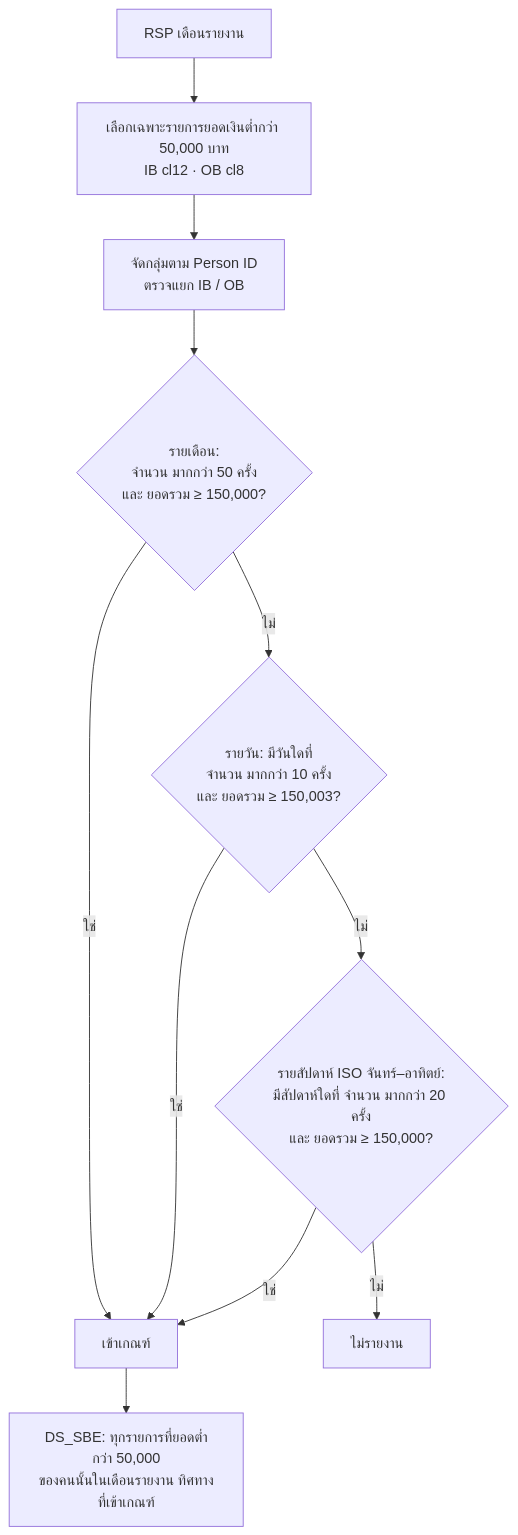
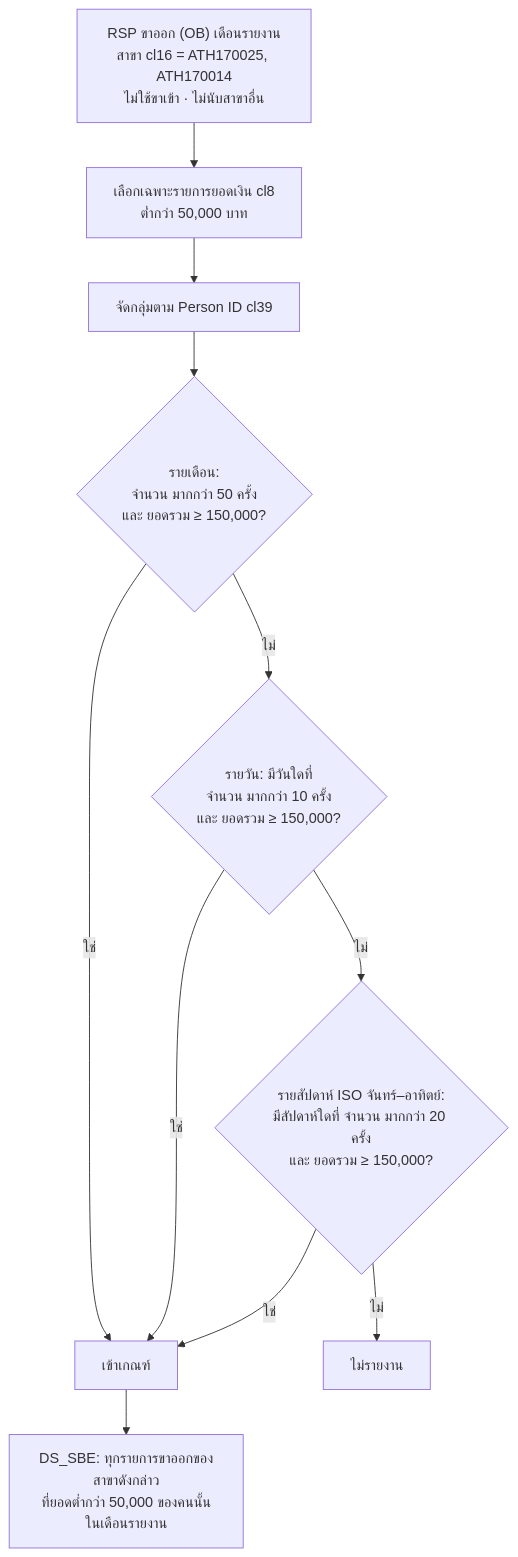
One commit to ArtSukasem/western-union-bot-report-2026 changed the ninth of 12 diagrams in .claude/usermanuals/rule-flowcharts-th.md. Above: the diagram before and after it, drawn with Mermaid. The commit also changed 8 other files, not shown here.

````diff
--- a/.claude/usermanuals/rule-flowcharts-th.md
+++ b/.claude/usermanuals/rule-flowcharts-th.md
@@ -154,13 +154,13 @@
 ```mermaid
 flowchart TD
-    A["RSP เดือนรายงาน"] --> B["เลือกเฉพาะรายการยอดเงินต่ำกว่า 50,000 บาท<br/>IB cl12 · OB cl8"]
-    B --> C["จัดกลุ่มตาม Person ID<br/>ตรวจแยก IB / OB"]
+    A["RSP ขาออก (OB) เดือนรายงาน<br/>สาขา cl16 = ATH170025, ATH170014<br/>ไม่ใช้ขาเข้า · ไม่นับสาขาอื่น"] --> B["เลือกเฉพาะรายการยอดเงิน cl8<br/>ต่ำกว่า 50,000 บาท"]
+    B --> C["จัดกลุ่มตาม Person ID cl39"]
     C --> M{"รายเดือน:<br/>จำนวน มากกว่า 50 ครั้ง<br/>และ ยอดรวม ≥ 150,000?"}
     M -- ใช่ --> HIT["เข้าเกณฑ์"]
-    M -- ไม่ --> DY{"รายวัน: มีวันใดที่<br/>จำนวน มากกว่า 10 ครั้ง<br/>และ ยอดรวม ≥ 150,003?"}
+    M -- ไม่ --> DY{"รายวัน: มีวันใดที่<br/>จำนวน มากกว่า 10 ครั้ง<br/>และ ยอดรวม ≥ 150,000?"}
     DY -- ใช่ --> HIT
     DY -- ไม่ --> WK{"รายสัปดาห์ ISO จันทร์–อาทิตย์:<br/>มีสัปดาห์ใดที่ จำนวน มากกว่า 20 ครั้ง<br/>และ ยอดรวม ≥ 150,000?"}
     WK -- ใช่ --> HIT
     WK -- ไม่ --> NO["ไม่รายงาน"]
-    HIT --> R["DS_SBE: ทุกรายการที่ยอดต่ำกว่า 50,000<br/>ของคนนั้นในเดือนรายงาน ทิศทางที่เข้าเกณฑ์"]
+    HIT --> R["DS_SBE: ทุกรายการขาออกของสาขาดังกล่าว<br/>ที่ยอดต่ำกว่า 50,000 ของคนนั้นในเดือนรายงาน"]
 ```
````
